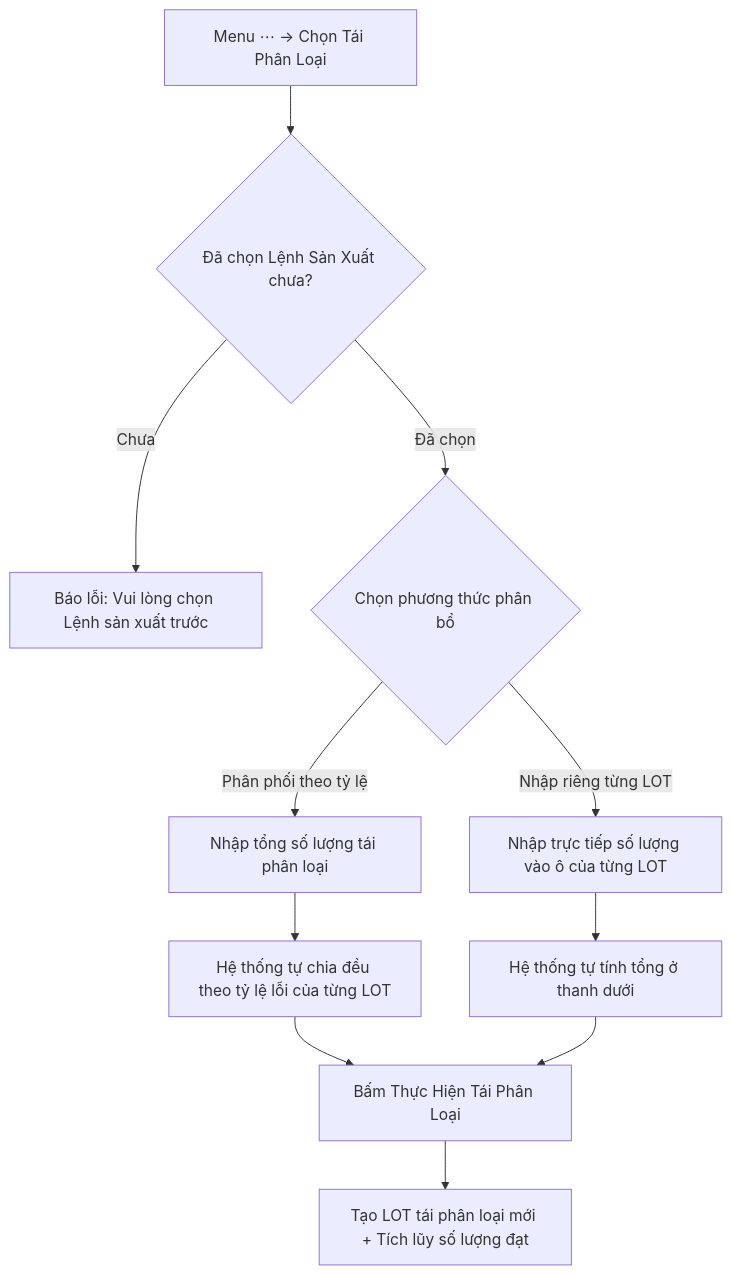
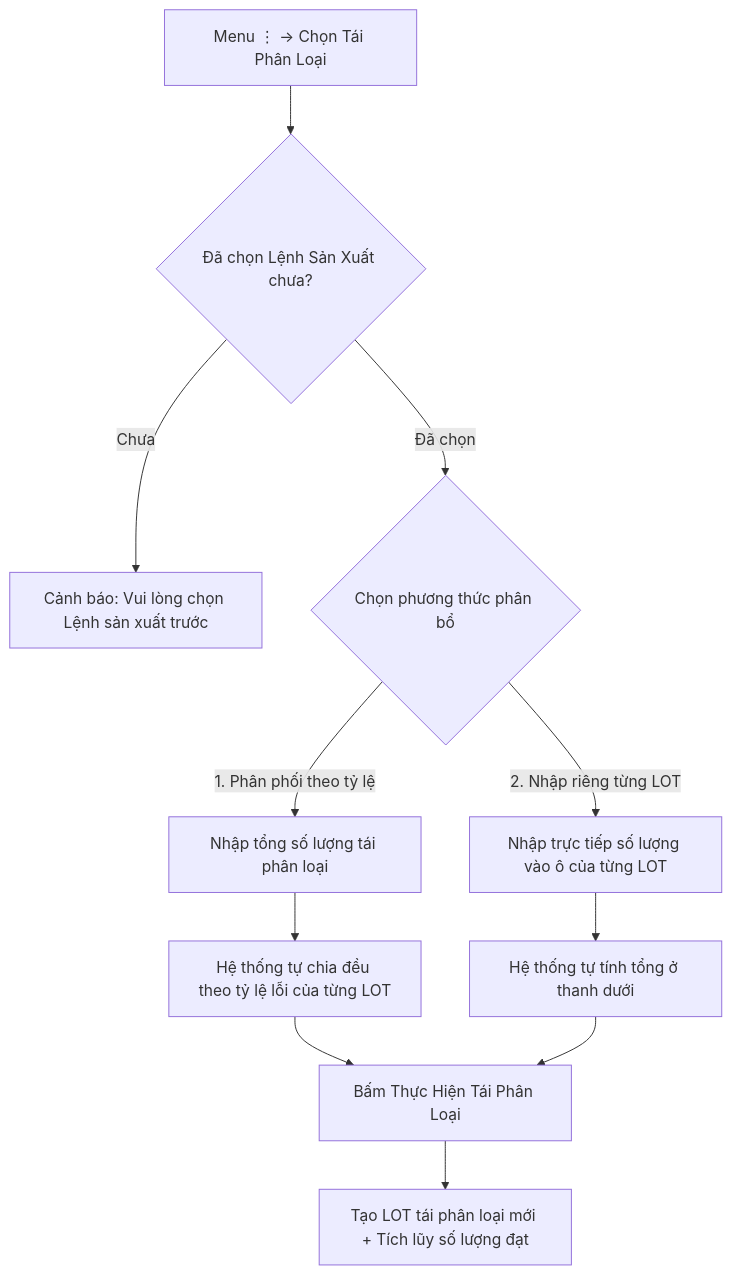
Before and after one commit to Poyken/vinatech: the fourth of 6 diagrams in PROCESS/MES_LEGACY_BACKUP/POP_KNOWLEDGE_BASE/POP_USER_MANUAL.md, drawn with Mermaid. The commit also changed other lines of this file and 54 other files, not shown here.

````diff
--- a/PROCESS/MES_LEGACY_BACKUP/POP_KNOWLEDGE_BASE/POP_USER_MANUAL.md
+++ b/PROCESS/MES_LEGACY_BACKUP/POP_KNOWLEDGE_BASE/POP_USER_MANUAL.md
@@ -357,17 +399,17 @@
 ```mermaid
 flowchart TD
-    ENTRY[Menu ⋯ -> Chọn Tái Phân Loại] --> COND{Đã chọn Lệnh Sản Xuất chưa?}
-    COND -- Chưa --> WARN[Báo lỗi: Vui lòng chọn Lệnh sản xuất trước]
+    ENTRY[Menu ⋮ -> Chọn Tái Phân Loại] --> COND{Đã chọn Lệnh Sản Xuất chưa?}
+    COND -- Chưa --> WARN[Cảnh báo: Vui lòng chọn Lệnh sản xuất trước]
     COND -- Đã chọn --> METHOD{Chọn phương thức phân bổ}
     
-    METHOD -- Phân phối theo tỷ lệ --> M1[Nhập tổng số lượng tái phân loại]
+    METHOD -- 1. Phân phối theo tỷ lệ --> M1[Nhập tổng số lượng tái phân loại]
     M1 --> M2[Hệ thống tự chia đều theo tỷ lệ lỗi của từng LOT]
     
-    METHOD -- Nhập riêng từng LOT --> M3[Nhập trực tiếp số lượng vào ô của từng LOT]
+    METHOD -- 2. Nhập riêng từng LOT --> M3[Nhập trực tiếp số lượng vào ô của từng LOT]
     M3 --> M4[Hệ thống tự tính tổng ở thanh dưới]
     
     M2 --> EXEC[Bấm Thực Hiện Tái Phân Loại]
     M4 --> EXEC
     
     EXEC --> RESULT[Tạo LOT tái phân loại mới + Tích lũy số lượng đạt]
 ```
````
